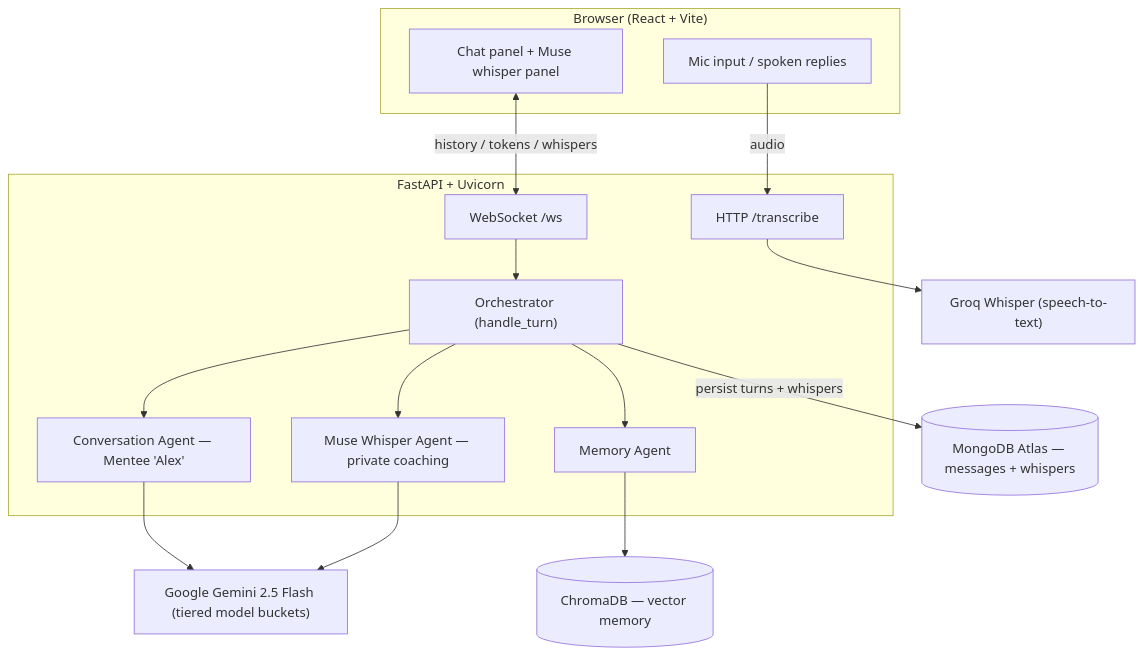
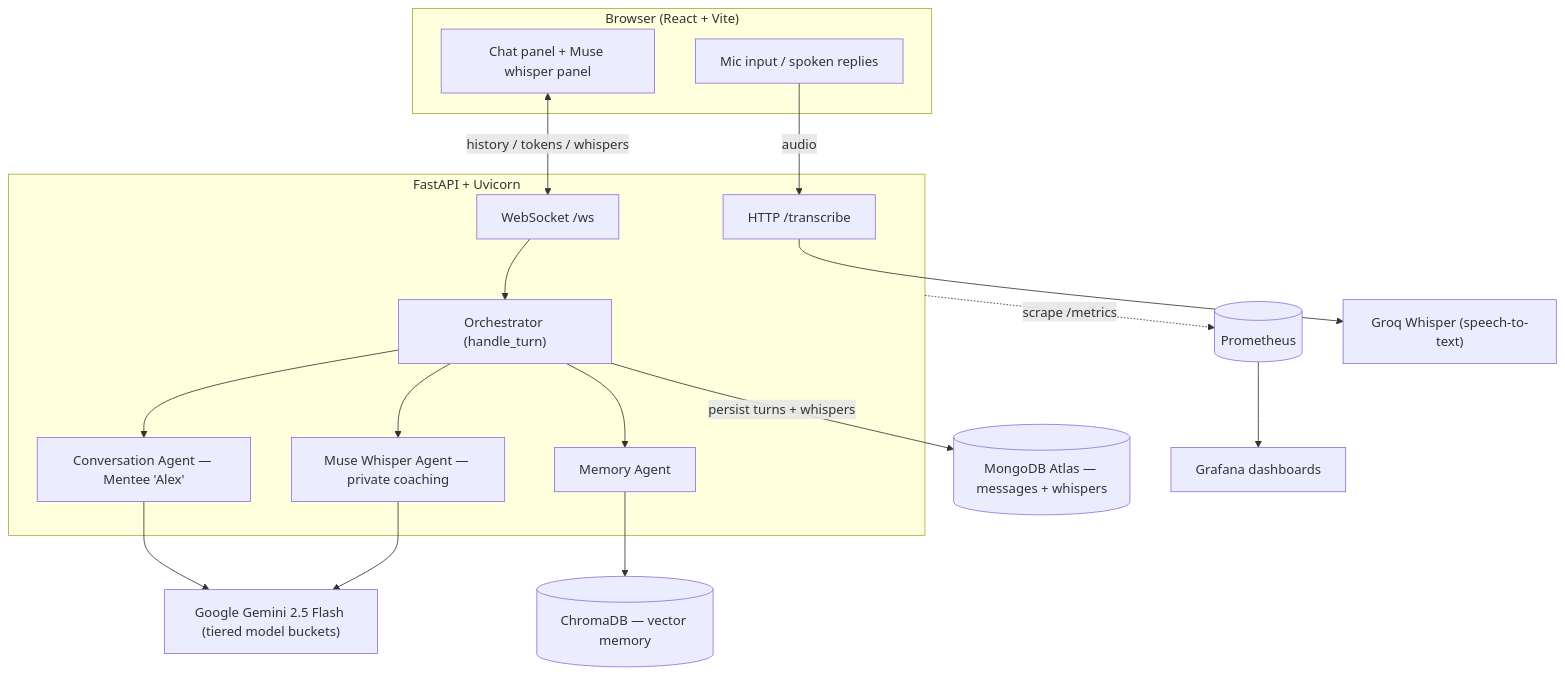
One commit to SwastikChowdhury/muse-ai-lite changed the diagram in README.md. Above: the diagram before and after it, drawn with Mermaid. The commit also changed other lines of this file and 4 other files, not shown here.

````diff
--- a/README.md
+++ b/README.md
@@ -11,29 +11,32 @@
 ```mermaid
 flowchart TB
     subgraph Browser["Browser (React + Vite)"]
         UI["Chat panel + Muse whisper panel"]
         Mic["Mic input / spoken replies"]
     end
 
     subgraph Backend["FastAPI + Uvicorn"]
         WS["WebSocket /ws"]
         TR["HTTP /transcribe"]
         ORC["Orchestrator (handle_turn)"]
         CA["Conversation Agent — Mentee 'Alex'"]
         WA["Muse Whisper Agent — private coaching"]
         MA["Memory Agent"]
     end
 
     Gemini["Google Gemini 2.5 Flash (tiered model buckets)"]
     Groq["Groq Whisper (speech-to-text)"]
     Chroma[("ChromaDB — vector memory")]
     Mongo[("MongoDB Atlas — messages + whispers")]
+    Prom[("Prometheus")]
+    Graf["Grafana dashboards"]
 
     UI <-->|history / tokens / whispers| WS
     Mic -->|audio| TR --> Groq
     WS --> ORC
     ORC --> CA --> Gemini
     ORC --> WA --> Gemini
     ORC --> MA --> Chroma
     ORC -->|persist turns + whispers| Mongo
+    Backend -. scrape /metrics .-> Prom --> Graf
 ```
````
